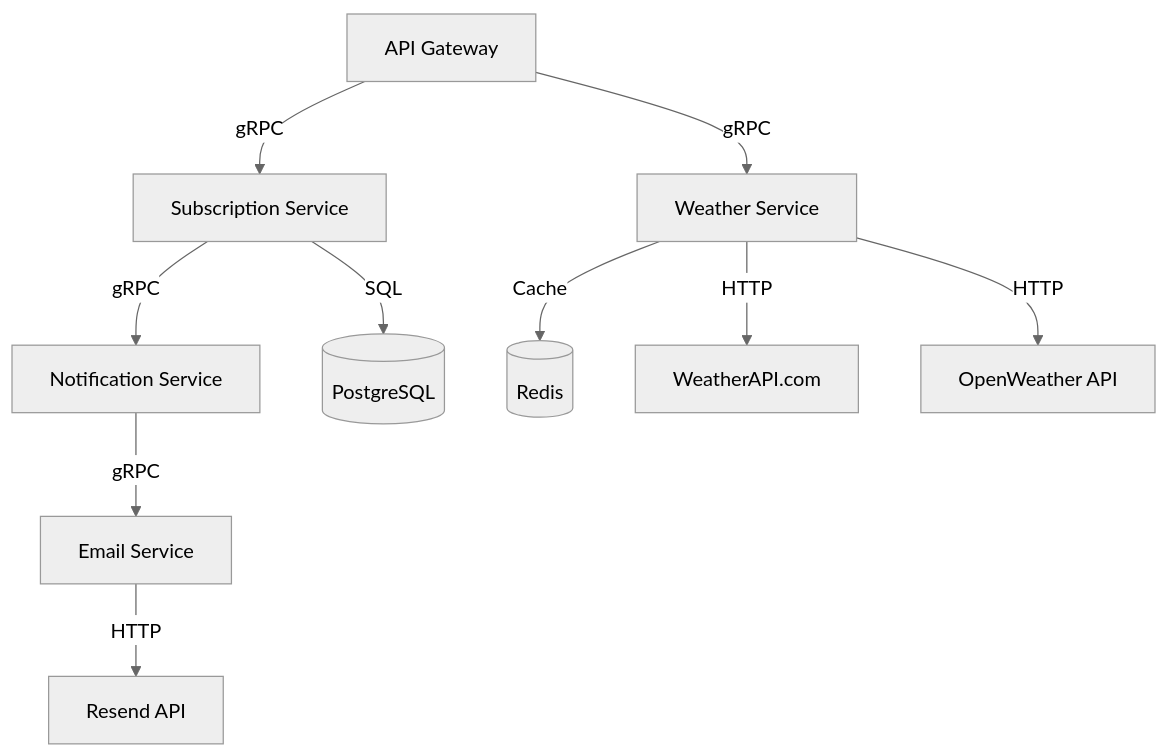
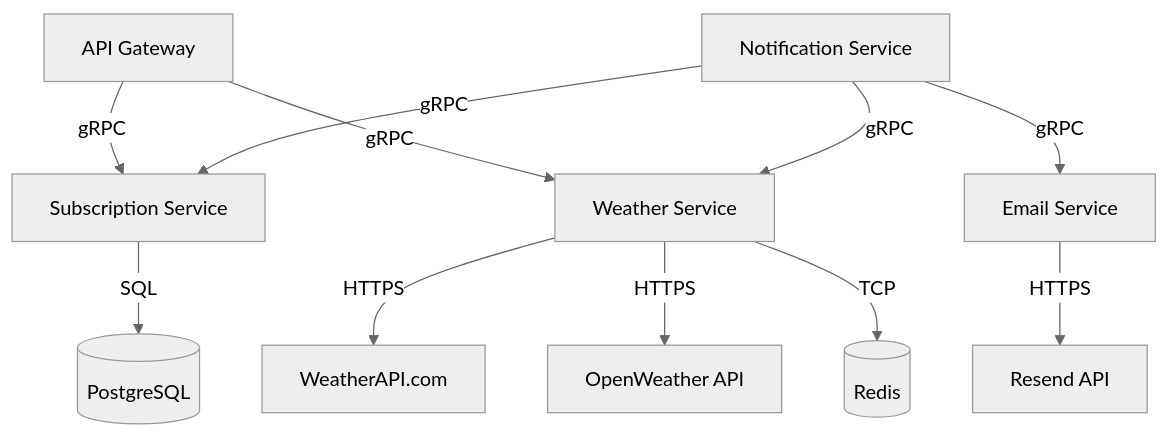
The diagram in docs/adr/004-microservices-communication.md (GenesisEducationKyiv/software-engineering-school-5-0-IYuriev), drawn with Mermaid (neutral theme) before and after one commit.

Commit message:
fix: update architecture diagram to reflect correct communication paths and protocols

````diff
--- a/docs/adr/004-microservices-communication.md
+++ b/docs/adr/004-microservices-communication.md
@@ -63,27 +63,28 @@
 ```mermaid
 
 graph TB
     APIGateway[API Gateway]
     Subscription[Subscription Service]
     Notification[Notification Service]
     Email[Email Service]
     Weather[Weather Service]
 
     PostgreSQL[(PostgreSQL)]
     Redis[(Redis)]
     WeatherAPI[WeatherAPI.com]
     OpenWeather[OpenWeather API]
     Resend[Resend API]
 
     APIGateway -->|gRPC| Subscription
     APIGateway -->|gRPC| Weather
 
-    Subscription -->|gRPC| Notification
+    Notification -->|gRPC| Subscription
+    Notification -->|gRPC| Weather
     Notification -->|gRPC| Email
 
     Subscription -->|SQL| PostgreSQL
-    Weather -->|HTTP| WeatherAPI
-    Weather -->|HTTP| OpenWeather
-    Weather -->|Cache| Redis
-    Email -->|HTTP| Resend
+    Weather -->|HTTPS| WeatherAPI
+    Weather -->|HTTPS| OpenWeather
+    Weather -->|TCP| Redis
+    Email -->|HTTPS| Resend
 ```
````
